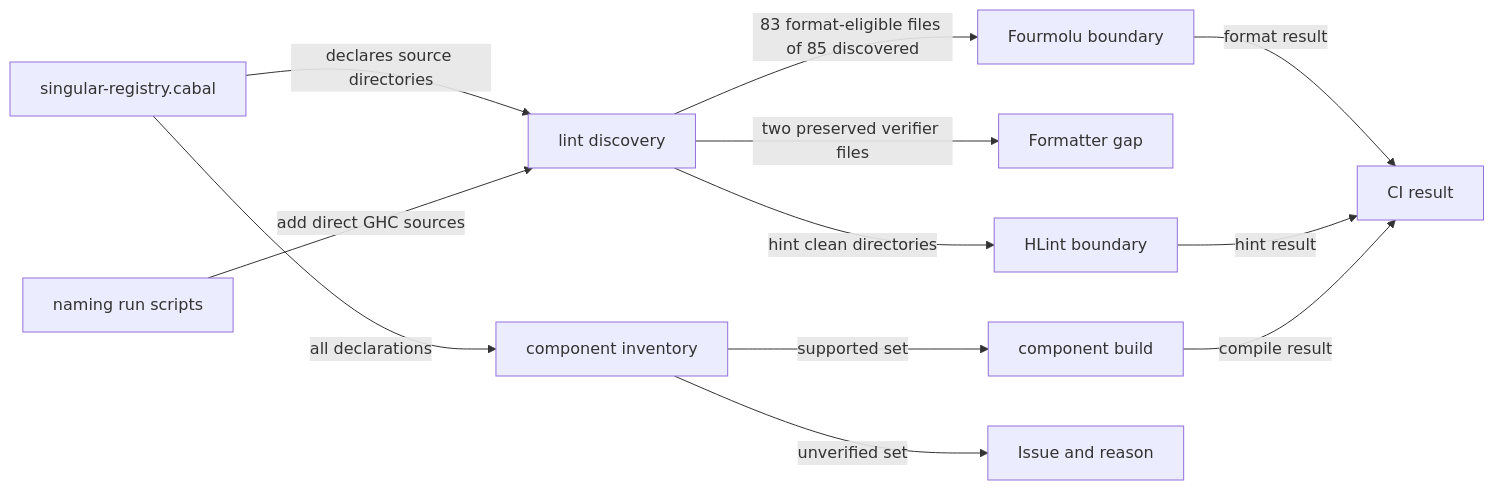
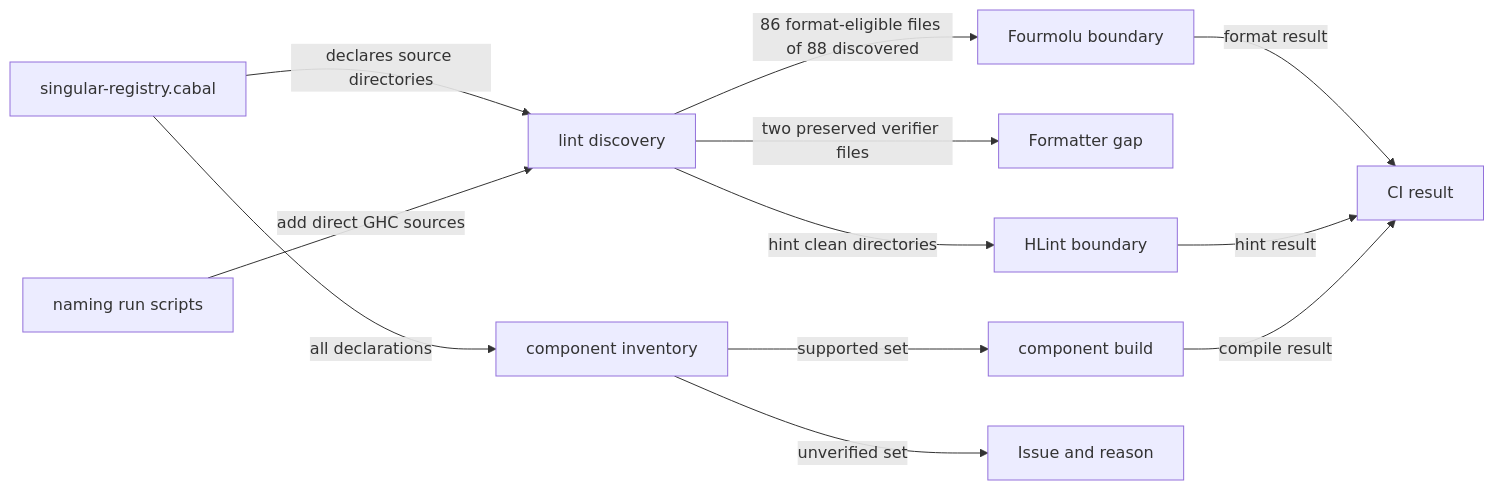
One commit to lambdasistemi/singular changed the diagram in docs/offchain-development.md. Above: the diagram before and after it, drawn with Mermaid. The commit also changed other lines of this file and 12 other files, not shown here.

````diff
--- a/docs/offchain-development.md
+++ b/docs/offchain-development.md
@@ -19,14 +19,14 @@
 ```mermaid
 flowchart LR
     C[singular-registry.cabal] -->|declares source directories| D[lint discovery]
     N[naming run scripts] -->|add direct GHC sources| D
-    D -->|83 format-eligible files of 85 discovered| F[Fourmolu boundary]
+    D -->|86 format-eligible files of 88 discovered| F[Fourmolu boundary]
     D -->|two preserved verifier files| X[Formatter gap]
     D -->|hint clean directories| H[HLint boundary]
     C -->|all declarations| I[component inventory]
     I -->|supported set| B[component build]
     I -->|unverified set| U[Issue and reason]
     F -->|format result| CI[CI result]
     H -->|hint result| CI
     B -->|compile result| CI
 ```
````
